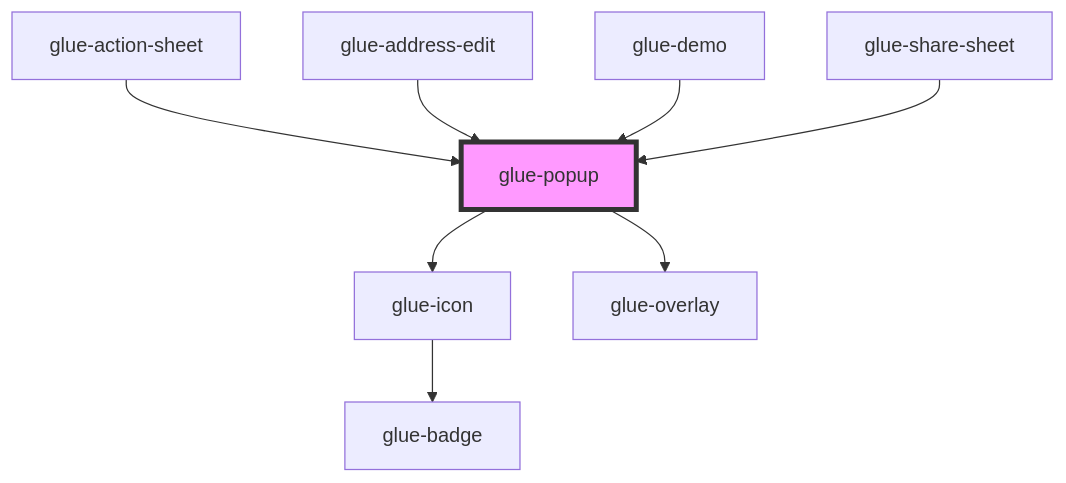
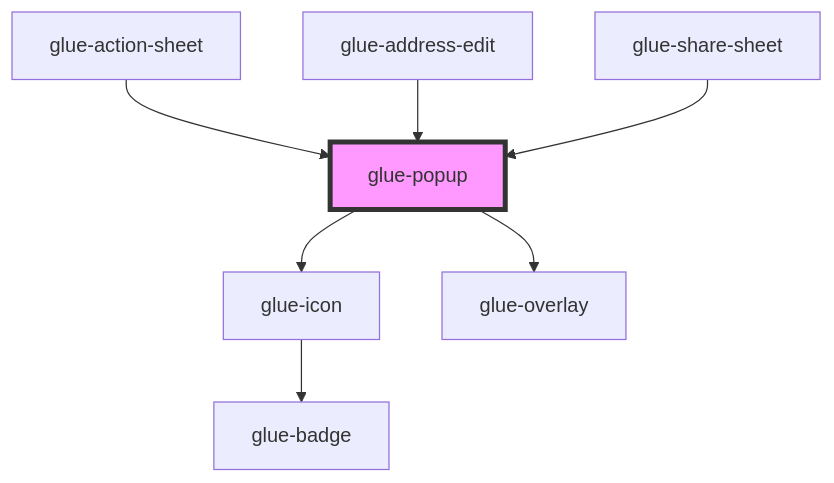
Before and after one commit to grasilife/glue: the diagram in packages/glue-components/src/components/glue-popup/readme.md, drawn with Mermaid. The commit also changed other lines of this file and 21 other files, not shown here.

````diff
--- a/packages/glue-components/src/components/glue-popup/readme.md
+++ b/packages/glue-components/src/components/glue-popup/readme.md
@@ -64,11 +63,10 @@
 ```mermaid
 graph TD;
   glue-popup --> glue-icon
   glue-popup --> glue-overlay
   glue-icon --> glue-badge
   glue-action-sheet --> glue-popup
   glue-address-edit --> glue-popup
-  glue-demo --> glue-popup
   glue-share-sheet --> glue-popup
   style glue-popup fill:#f9f,stroke:#333,stroke-width:4px
 ```
````
